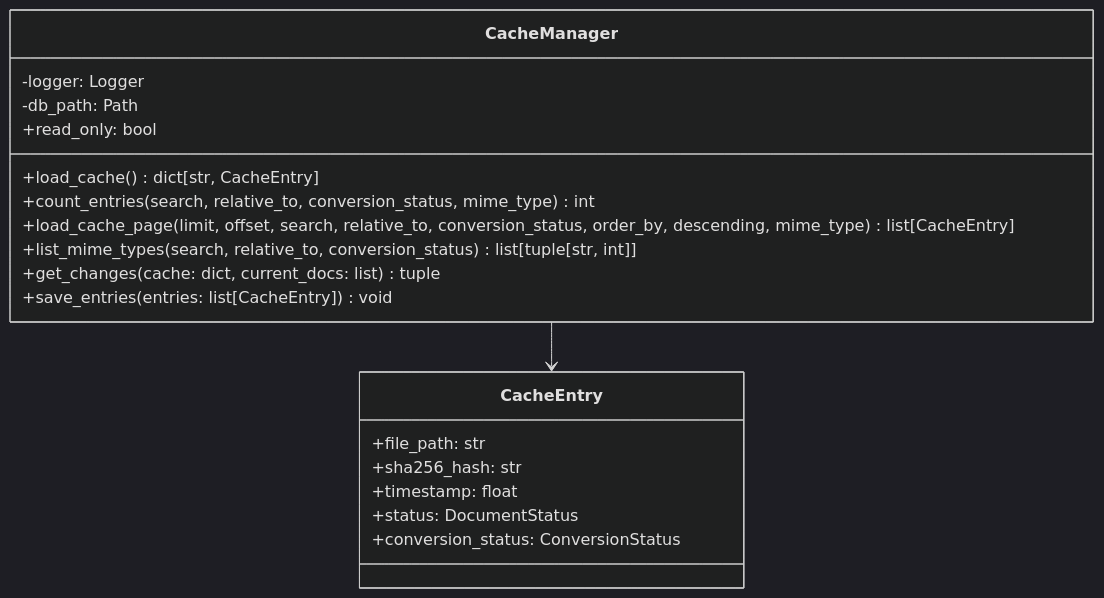
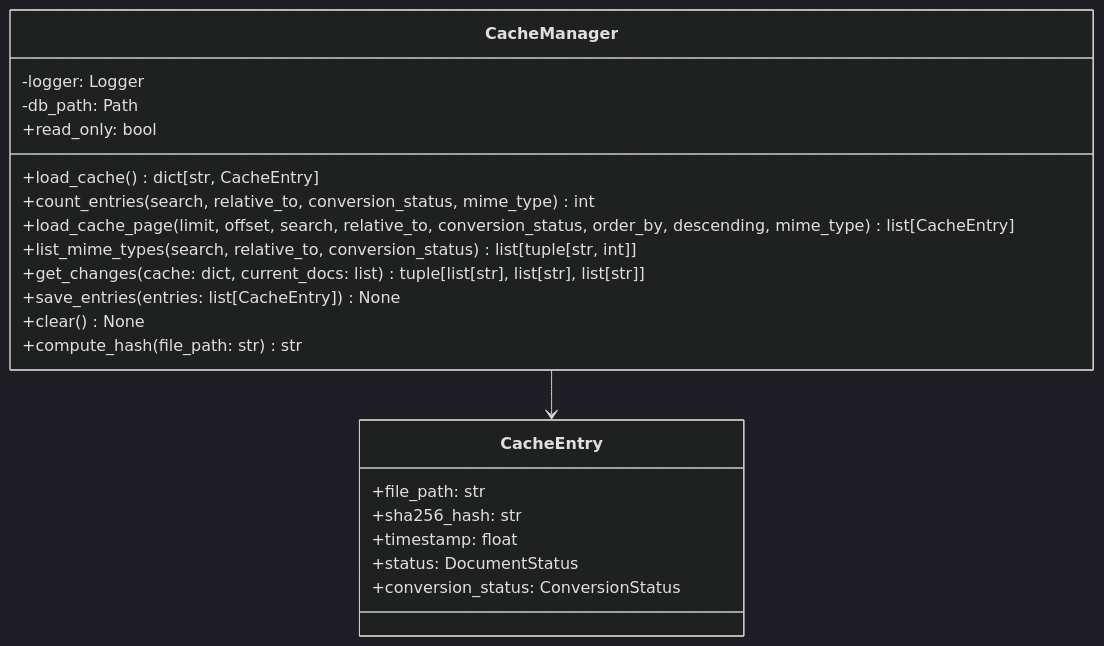
One commit to fmanza/doc_organize changed the diagram in docs/api/cache.md. Above: the diagram before and after it, drawn with Mermaid (dark theme). The commit also changed other lines of this file and 57 other files, not shown here.

````diff
--- a/docs/api/cache.md
+++ b/docs/api/cache.md
@@ -7,24 +7,26 @@
 ```mermaid
 classDiagram
     class CacheManager {
         -logger: Logger
         -db_path: Path
         +load_cache() dict[str, CacheEntry]
         +read_only: bool
         +count_entries(search, relative_to, conversion_status, mime_type) int
         +load_cache_page(limit, offset, search, relative_to, conversion_status, order_by, descending, mime_type) list[CacheEntry]
         +list_mime_types(search, relative_to, conversion_status) list[tuple[str, int]]
-        +get_changes(cache: dict, current_docs: list) tuple
-        +save_entries(entries: list[CacheEntry]) void
+        +get_changes(cache: dict, current_docs: list) tuple[list[str], list[str], list[str]]
+        +save_entries(entries: list[CacheEntry]) None
+        +clear() None
+        +compute_hash(file_path: str) str
     }
     
     class CacheEntry {
         +file_path: str
         +sha256_hash: str
         +timestamp: float
         +status: DocumentStatus
         +conversion_status: ConversionStatus
     }
     
     CacheManager --> CacheEntry
 ```
````
